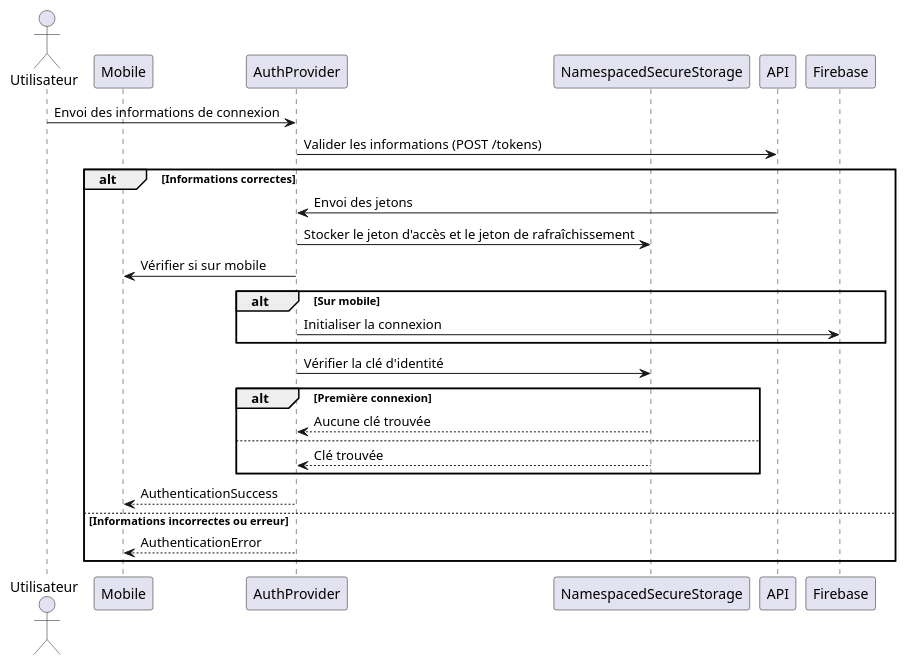
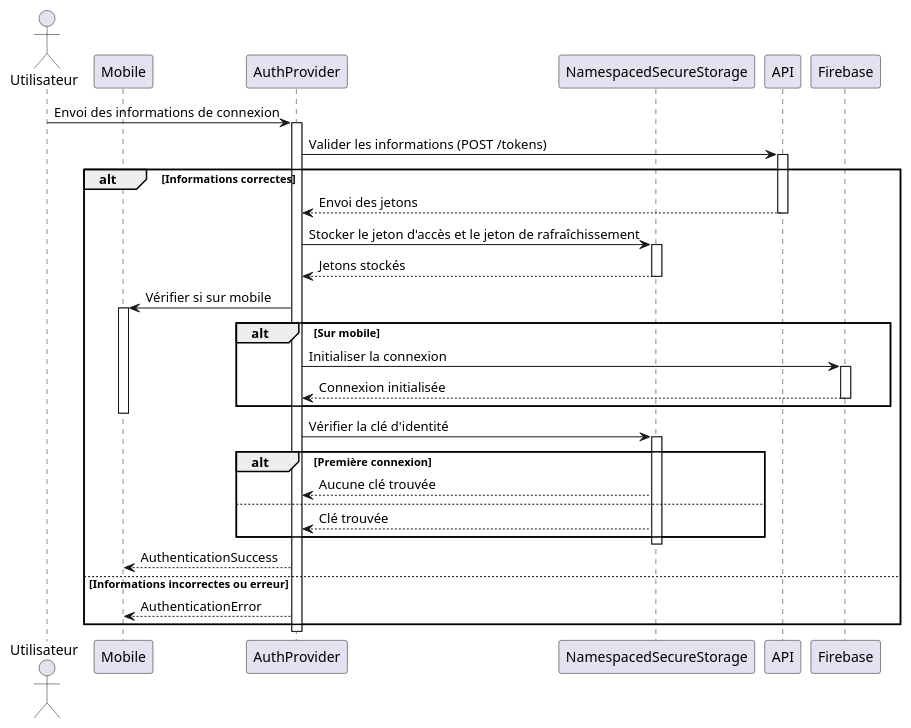
One commit to nezia1/missive-documentation changed the diagram in docs/assets/diagrams/src/technical/authentication.puml. Above: the diagram before and after it, drawn with PlantUML. The commit also changed 10 other files, not shown here.

Commit message:
add lifeline to diagrams

```diff
--- a/docs/assets/diagrams/src/technical/authentication.puml
+++ b/docs/assets/diagrams/src/technical/authentication.puml
@@ -1,28 +1,50 @@
 @startuml authentication
 actor Utilisateur
 participant Mobile
 participant AuthProvider
 participant NamespacedSecureStorage
 participant API
 participant Firebase
 
 Utilisateur -> AuthProvider: Envoi des informations de connexion
+activate AuthProvider
+
 AuthProvider -> API: Valider les informations (POST /tokens)
+activate API
+
 alt Informations correctes
-    API -> AuthProvider: Envoi des jetons
+    API --> AuthProvider: Envoi des jetons
+    deactivate API
+    
     AuthProvider -> NamespacedSecureStorage: Stocker le jeton d'accès et le jeton de rafraîchissement
+    activate NamespacedSecureStorage
+    NamespacedSecureStorage --> AuthProvider: Jetons stockés
+    deactivate NamespacedSecureStorage
+    
     AuthProvider -> Mobile: Vérifier si sur mobile
+    activate Mobile
+    
     alt Sur mobile
         AuthProvider -> Firebase: Initialiser la connexion
+        activate Firebase
+        Firebase --> AuthProvider: Connexion initialisée
+        deactivate Firebase
     end
+    deactivate Mobile
+    
     AuthProvider -> NamespacedSecureStorage: Vérifier la clé d'identité
+    activate NamespacedSecureStorage
+    
     alt Première connexion
         NamespacedSecureStorage --> AuthProvider: Aucune clé trouvée
     else
         NamespacedSecureStorage --> AuthProvider: Clé trouvée
     end
+    deactivate NamespacedSecureStorage
+    
     AuthProvider --> Mobile: AuthenticationSuccess
 else Informations incorrectes ou erreur
     AuthProvider --> Mobile: AuthenticationError
 end
+deactivate AuthProvider
 @enduml
```
